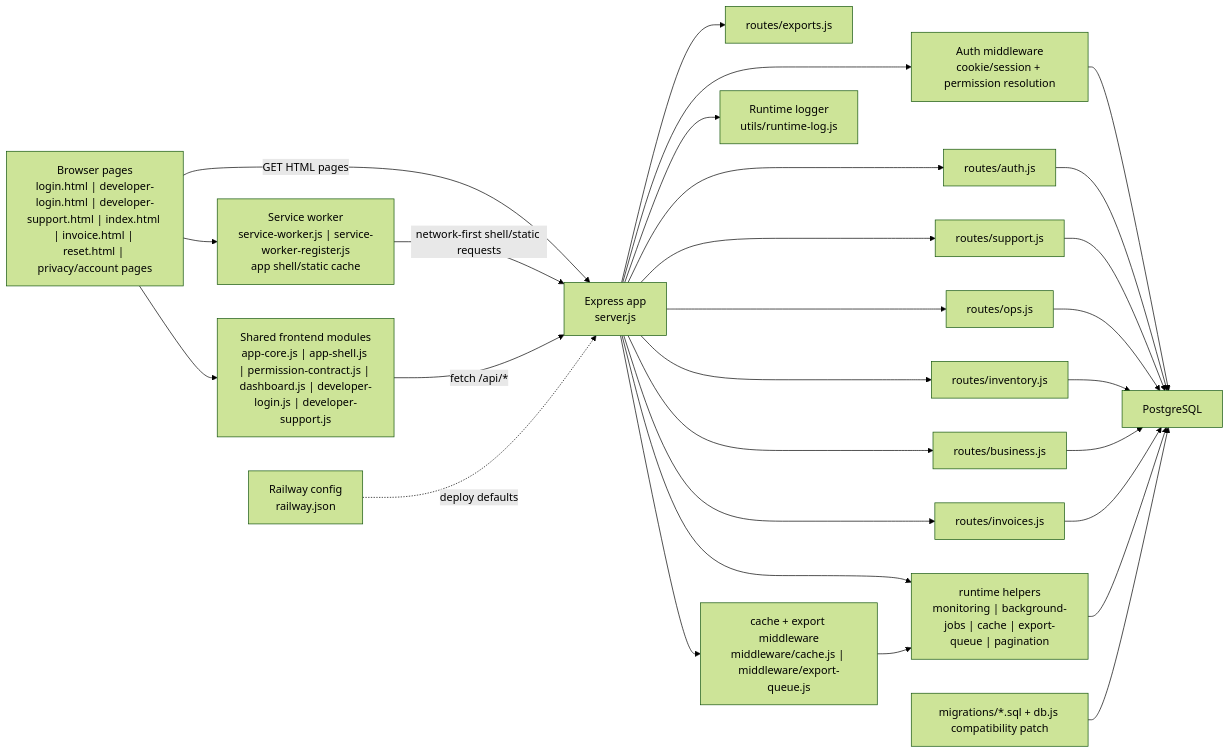
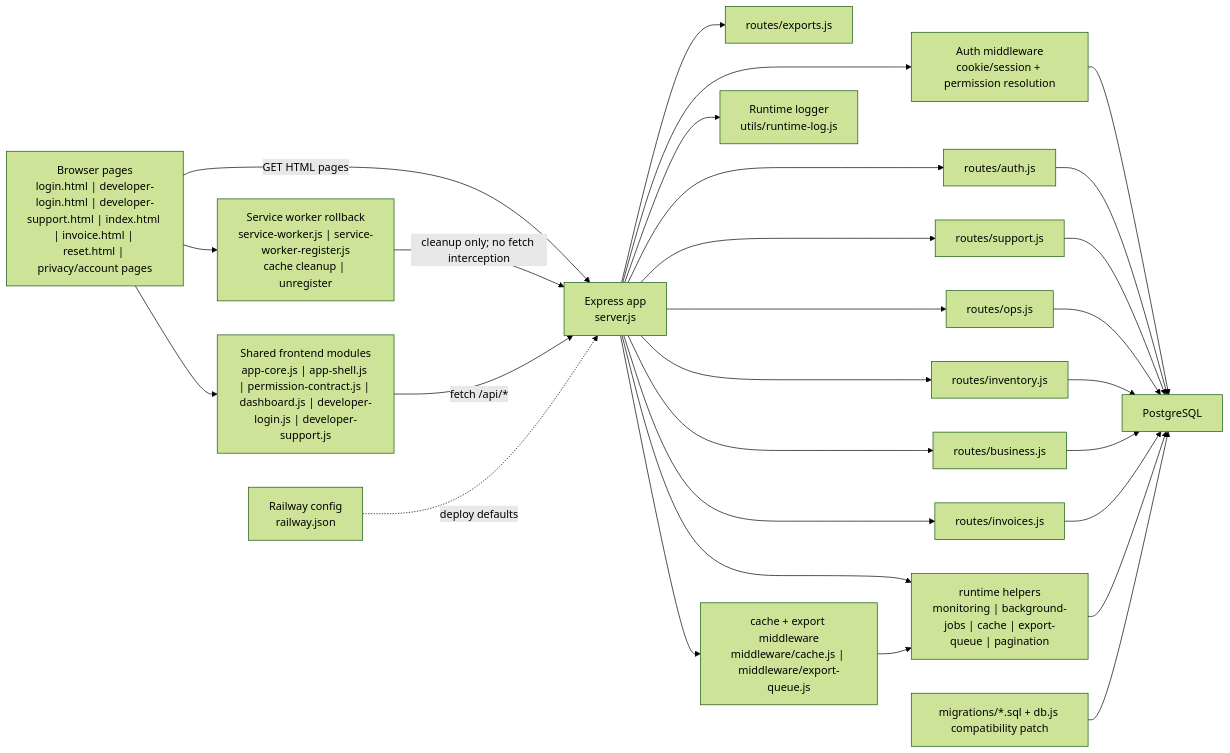
The first of 4 diagrams in docs/COMPLETE_PROJECT_DOCUMENTATION.md (dasdipayan03/India-Inventory-Management), drawn with Mermaid (forest theme) before and after one commit. The commit also changed other lines of this file and 2 other files, not shown here.

````diff
--- a/docs/COMPLETE_PROJECT_DOCUMENTATION.md
+++ b/docs/COMPLETE_PROJECT_DOCUMENTATION.md
@@ -343,49 +343,49 @@
 ```mermaid
 flowchart LR
   Browser["Browser pages<br/>login.html | developer-login.html | developer-support.html | index.html | invoice.html | reset.html | privacy/account pages"]
   SharedJS["Shared frontend modules<br/>app-core.js | app-shell.js | permission-contract.js | dashboard.js | developer-login.js | developer-support.js"]
-  ServiceWorker["Service worker<br/>service-worker.js | service-worker-register.js<br/>app shell/static cache"]
+  ServiceWorker["Service worker rollback<br/>service-worker.js | service-worker-register.js<br/>cache cleanup | unregister"]
   Server["Express app<br/>server.js"]
   AuthMW["Auth middleware<br/>cookie/session + permission resolution"]
   AuthRoutes["routes/auth.js"]
   SupportRoutes["routes/support.js"]
   ExportRoutes["routes/exports.js"]
   OpsRoutes["routes/ops.js"]
   InventoryRoutes["routes/inventory.js"]
   BusinessRoutes["routes/business.js"]
   InvoiceRoutes["routes/invoices.js"]
   CacheMW["cache + export middleware<br/>middleware/cache.js | middleware/export-queue.js"]
   OpsRuntime["runtime helpers<br/>monitoring | background-jobs | cache | export-queue | pagination"]
   RuntimeLog["Runtime logger<br/>utils/runtime-log.js"]
   DeployCfg["Railway config<br/>railway.json"]
   DB["PostgreSQL"]
   Schema["migrations/*.sql + db.js compatibility patch"]
 
   Browser --> SharedJS
   Browser -->|"GET HTML pages"| Server
   Browser --> ServiceWorker
-  ServiceWorker -->|"network-first shell/static requests"| Server
+  ServiceWorker -->|"cleanup only; no fetch interception"| Server
   SharedJS -->|"fetch /api/*"| Server
   DeployCfg -. deploy defaults .-> Server
   Server --> AuthMW
   Server --> CacheMW
   Server --> AuthRoutes
   Server --> SupportRoutes
   Server --> ExportRoutes
   Server --> OpsRoutes
   Server --> InventoryRoutes
   Server --> BusinessRoutes
   Server --> InvoiceRoutes
   Server --> OpsRuntime
   Server --> RuntimeLog
   AuthMW --> DB
   AuthRoutes --> DB
   SupportRoutes --> DB
   OpsRoutes --> DB
   InventoryRoutes --> DB
   BusinessRoutes --> DB
   InvoiceRoutes --> DB
   CacheMW --> OpsRuntime
   OpsRuntime --> DB
   Schema --> DB
 ```
````
